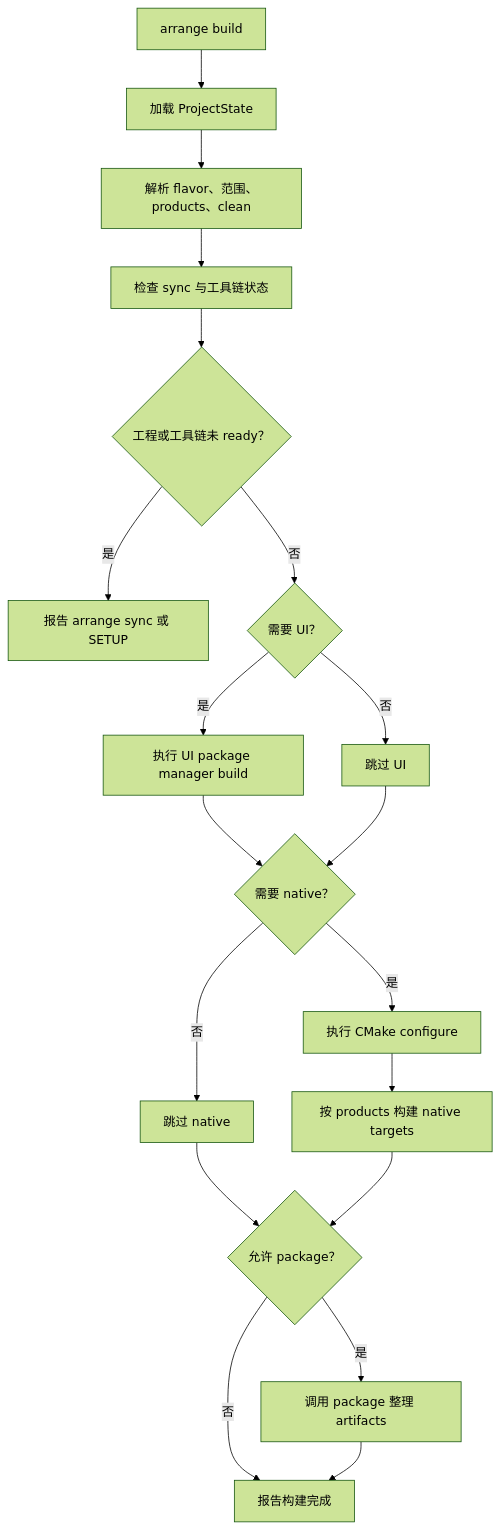
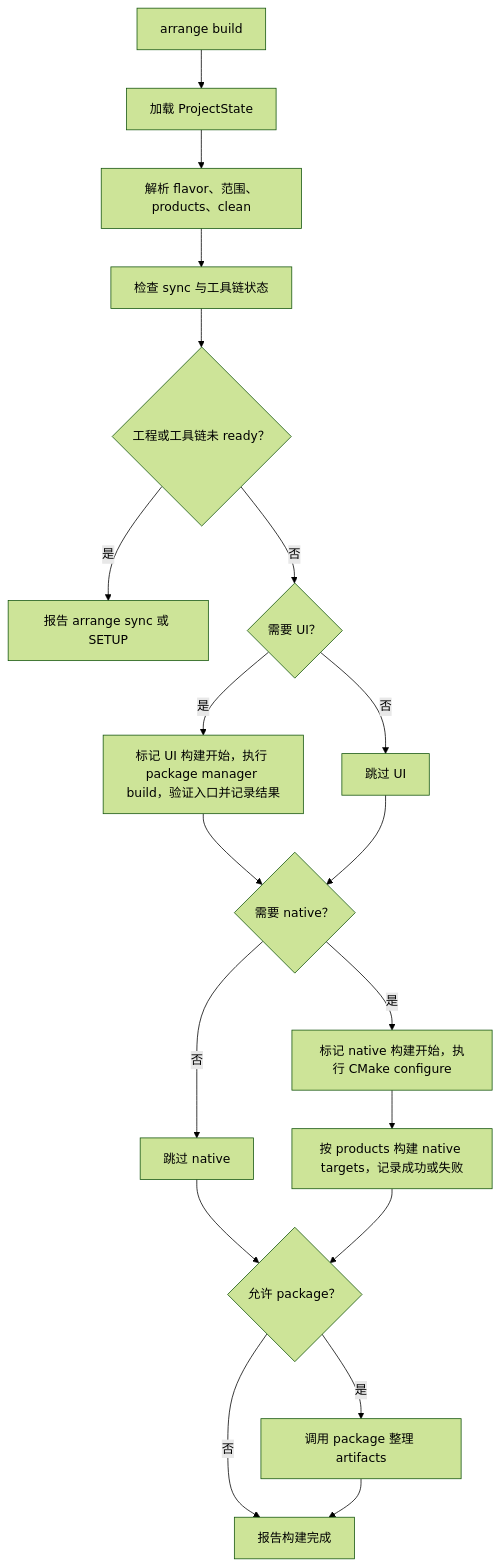
Before and after one commit to EarzuChan/Arrange: diagram 11 of 12 in docs/proj/m2/2/命令定义.md, drawn with Mermaid (forest theme). The commit also changed other lines of this file and 210 other files, not shown here.

````diff
--- a/docs/proj/m2/2/命令定义.md
+++ b/docs/proj/m2/2/命令定义.md
@@ -313,21 +334,21 @@
 ```mermaid
 flowchart TD
     A[arrange build] --> B[加载 ProjectState]
     B --> C[解析 flavor、范围、products、clean]
     C --> D[检查 sync 与工具链状态]
     D --> E{工程或工具链未 ready？}
     E -->|是| F[报告 arrange sync 或 SETUP]
     E -->|否| G{需要 UI？}
-    G -->|是| H[执行 UI package manager build]
+    G -->|是| H[标记 UI 构建开始，执行 package manager build，验证入口并记录结果]
     G -->|否| I[跳过 UI]
     H --> J{需要 native？}
     I --> J
-    J -->|是| K[执行 CMake configure]
+    J -->|是| K[标记 native 构建开始，执行 CMake configure]
     J -->|否| L[跳过 native]
-    K --> M[按 products 构建 native targets]
+    K --> M[按 products 构建 native targets，记录成功或失败]
     L --> N{允许 package？}
     M --> N
     N -->|是| O[调用 package 整理 artifacts]
     N -->|否| P[报告构建完成]
     O --> P
 ```
````
